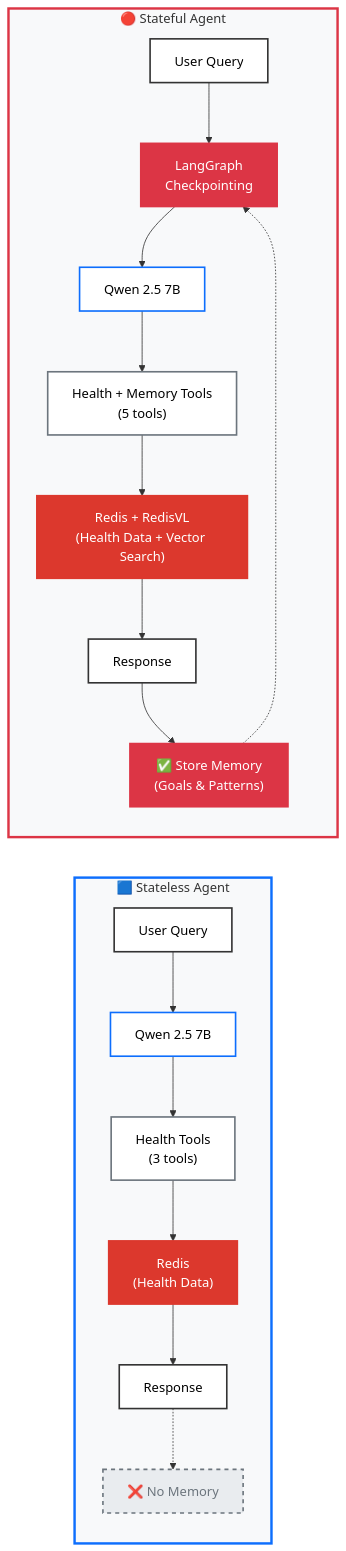
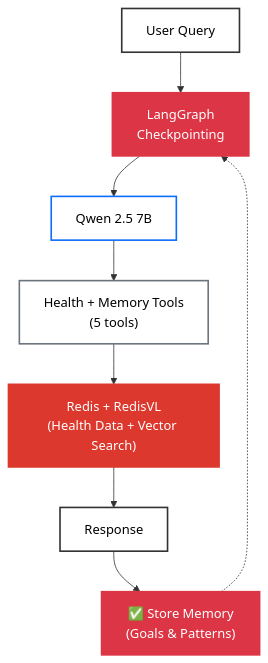
The second of 2 diagrams in README.md (AllieRays/redis-wellness), drawn with Mermaid before and after one commit. The commit also changed other lines of this file, not shown here.

````diff
--- a/README.md
+++ b/README.md
@@ -83,48 +117,25 @@
 ```mermaid
-flowchart LR
-    subgraph stateless["🟦 Stateless Agent"]
-        direction TB
-        S1["User Query"]:::query
-        S2["Qwen 2.5 7B"]:::llm
-        S3["Health Tools<br/>(3 tools)"]:::tool
-        S4["Redis<br/>(Health Data)"]:::redis
-        S5["Response"]:::response
-        S6["❌ No Memory"]:::nomemory
+flowchart TD
+    T1["User Query"]:::query
+    T2["LangGraph<br/>Checkpointing"]:::memory
+    T3["Qwen 2.5 7B"]:::llm
+    T4["Health + Memory Tools<br/>(5 tools)"]:::tool
+    T5["Redis + RedisVL<br/>(Health Data + Vector Search)"]:::redis
+    T6["Response"]:::response
+    T7["✅ Store Memory<br/>(Goals & Patterns)"]:::memory
 
-        S1 --> S2
-        S2 --> S3
-        S3 --> S4
-        S4 --> S5
-        S5 -.-> S6
-    end
-
-    subgraph stateful["🔴 Stateful Agent"]
-        direction TB
-        T1["User Query"]:::query
-        T2["LangGraph<br/>Checkpointing"]:::memory
-        T3["Qwen 2.5 7B"]:::llm
-        T4["Health + Memory Tools<br/>(5 tools)"]:::tool
-        T5["Redis + RedisVL<br/>(Health Data + Vector Search)"]:::redis
-        T6["Response"]:::response
-        T7["✅ Store Memory<br/>(Goals & Patterns)"]:::memory
-
-        T1 --> T2
-        T2 --> T3
-        T3 --> T4
-        T4 --> T5
-        T5 --> T6
-        T6 --> T7
-        T7 -.-> T2
-    end
+    T1 --> T2
+    T2 --> T3
+    T3 --> T4
+    T4 --> T5
+    T5 --> T6
+    T6 --> T7
+    T7 -.-> T2
 
     classDef query fill:#fff,stroke:#333,stroke-width:2px,color:#000
     classDef llm fill:#fff,stroke:#0d6efd,stroke-width:2px,color:#000
     classDef tool fill:#fff,stroke:#6c757d,stroke-width:2px,color:#000
     classDef redis fill:#dc382d,stroke:#dc382d,stroke-width:2px,color:#fff
     classDef response fill:#fff,stroke:#333,stroke-width:2px,color:#000
     classDef memory fill:#dc3545,stroke:#dc3545,stroke-width:2px,color:#fff
-    classDef nomemory fill:#e9ecef,stroke:#6c757d,stroke-width:2px,stroke-dasharray: 5 5,color:#6c757d
-
-    style stateless fill:#f8f9fa,stroke:#0d6efd,stroke-width:3px
-    style stateful fill:#f8f9fa,stroke:#dc3545,stroke-width:3px
 ```
````
